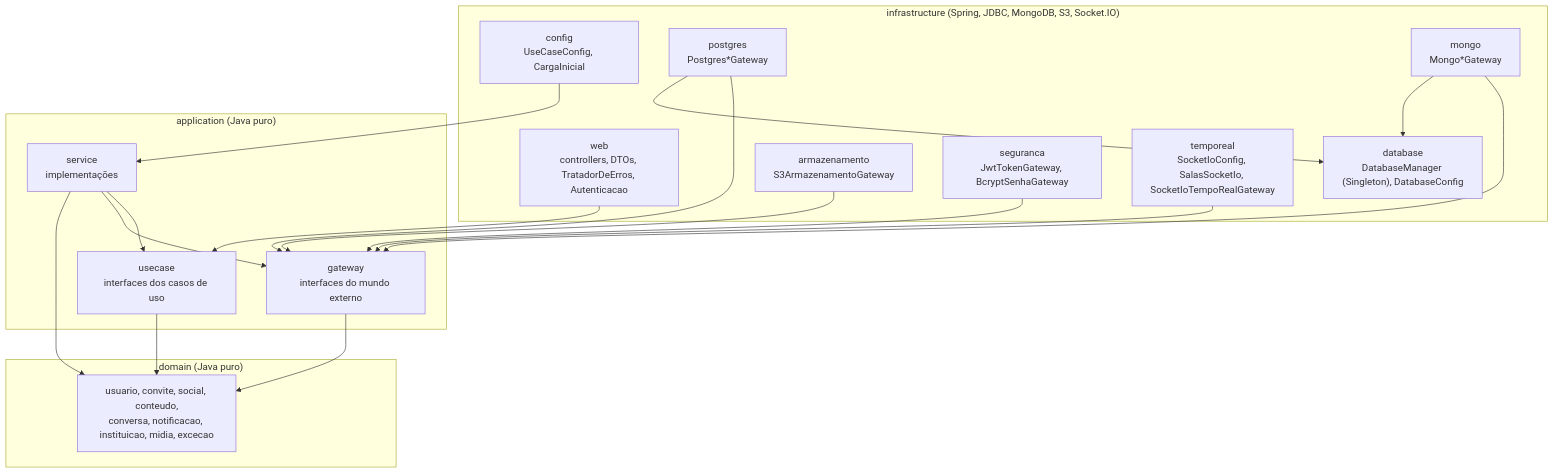
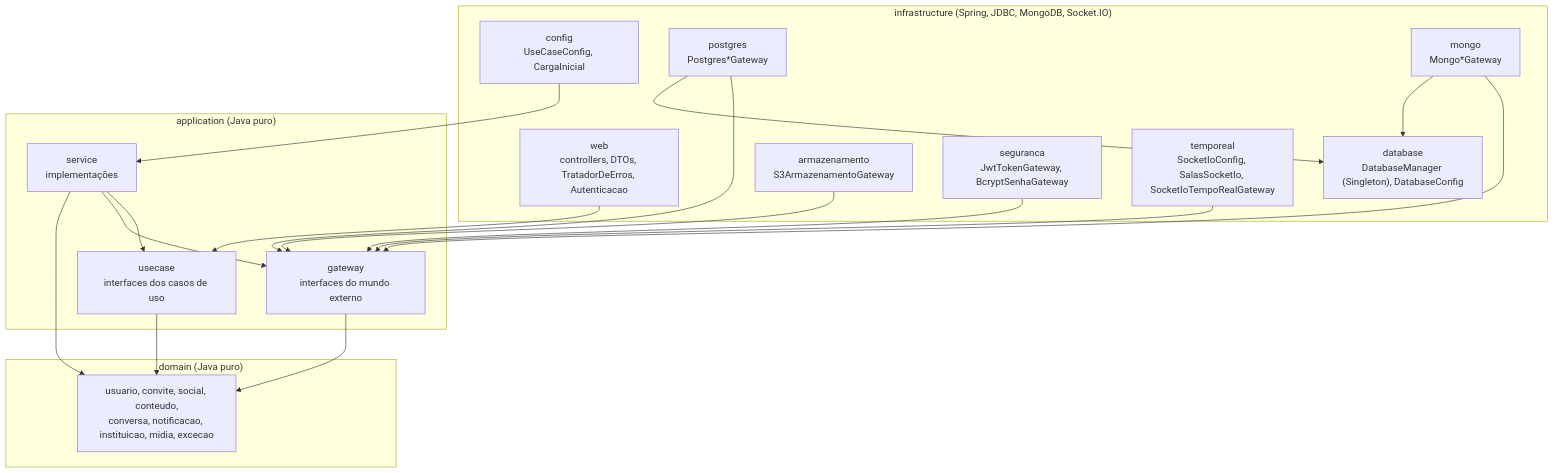
One commit to MaceloAlexandre/fademy_backend changed the second of 8 diagrams in docs/DIAGRAMAS.md. Above: the diagram before and after it, drawn with Mermaid. The commit also changed other lines of this file and 29 other files, not shown here.

````diff
--- a/docs/DIAGRAMAS.md
+++ b/docs/DIAGRAMAS.md
@@ -64,31 +64,31 @@
 ```mermaid
 flowchart TB
-    subgraph infrastructure["infrastructure (Spring, JDBC, MongoDB, S3, Socket.IO)"]
+    subgraph infrastructure["infrastructure (Spring, JDBC, MongoDB, Socket.IO)"]
         web["web<br/>controllers, DTOs, TratadorDeErros, Autenticacao"]
         config["config<br/>UseCaseConfig, CargaInicial"]
         database["database<br/>DatabaseManager (Singleton), DatabaseConfig"]
         postgres["postgres<br/>Postgres*Gateway"]
         mongo["mongo<br/>Mongo*Gateway"]
         armazenamento["armazenamento<br/>S3ArmazenamentoGateway"]
         seguranca["seguranca<br/>JwtTokenGateway, BcryptSenhaGateway"]
         temporeal["temporeal<br/>SocketIoConfig, SalasSocketIo, SocketIoTempoRealGateway"]
     end
     subgraph application["application (Java puro)"]
         usecase["usecase<br/>interfaces dos casos de uso"]
         service["service<br/>implementações"]
         gateway["gateway<br/>interfaces do mundo externo"]
     end
     subgraph domain["domain (Java puro)"]
         entidades["usuario, convite, social, conteudo,<br/>conversa, notificacao, instituicao, midia, excecao"]
     end
 
     web --> usecase
     config --> service
     postgres & mongo & armazenamento & seguranca & temporeal --> gateway
     postgres & mongo --> database
     service --> usecase
     service --> gateway
     usecase --> entidades
     gateway --> entidades
     service --> entidades
 ```
````
